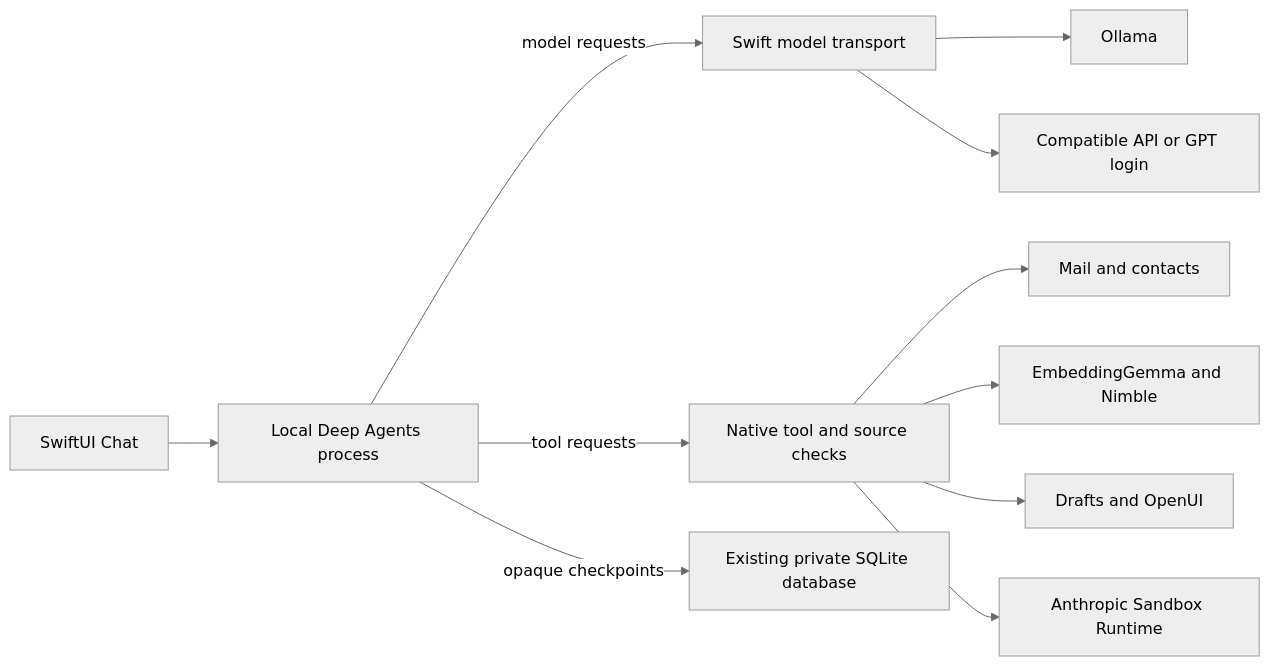
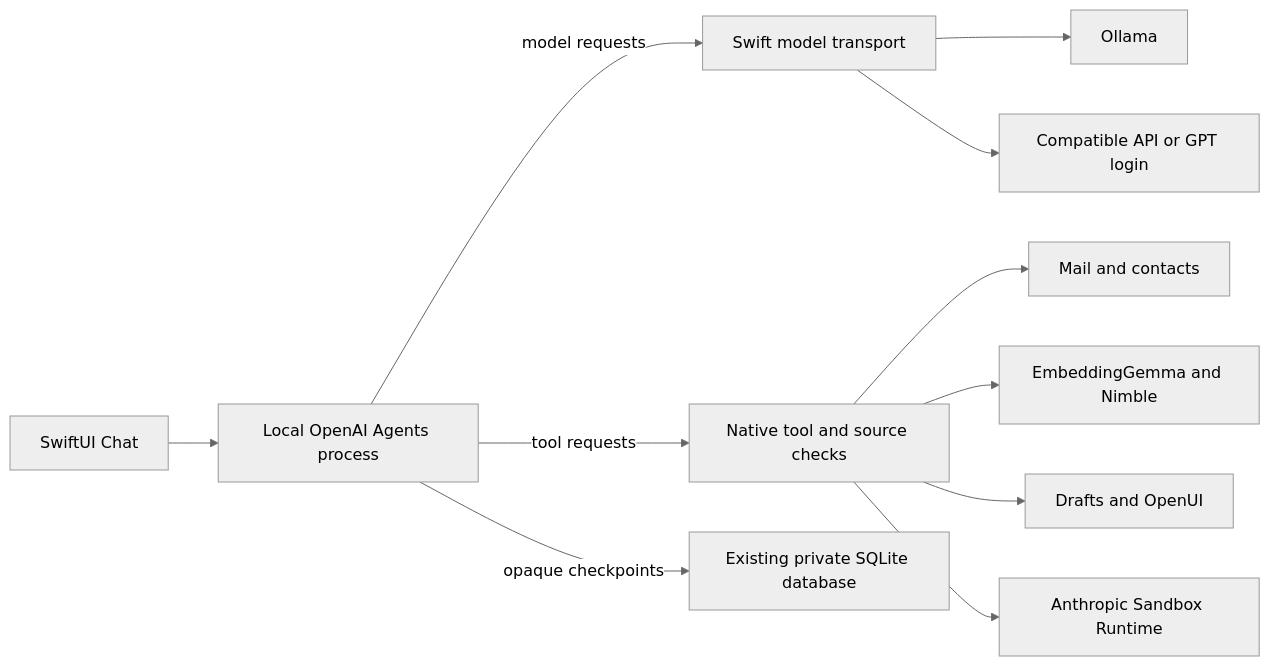
Before and after one commit to mapix/Morrow: the diagram in docs/public/AGENT-SDK.md, drawn with Mermaid (neutral theme). The commit also changed other lines of this file and 23 other files, not shown here.

Commit message:
Use OpenAI Agents SDK with gateway presets and live execution plans

````diff
--- a/docs/public/AGENT-SDK.md
+++ b/docs/public/AGENT-SDK.md
@@ -8,13 +9,13 @@
 ```mermaid
 flowchart LR
-  Chat[SwiftUI Chat] --> SDK[Local Deep Agents process]
+  Chat[SwiftUI Chat] --> SDK[Local OpenAI Agents process]
   SDK -->|model requests| Models[Swift model transport]
   Models --> Ollama[Ollama]
   Models --> GPT[Compatible API or GPT login]
   SDK -->|tool requests| Host[Native tool and source checks]
   Host --> Mail[Mail and contacts]
   Host --> Index[EmbeddingGemma and Nimble]
   Host --> UI[Drafts and OpenUI]
   Host --> Sandbox[Anthropic Sandbox Runtime]
   SDK -->|opaque checkpoints| SQLite[Existing private SQLite database]
 ```
````
